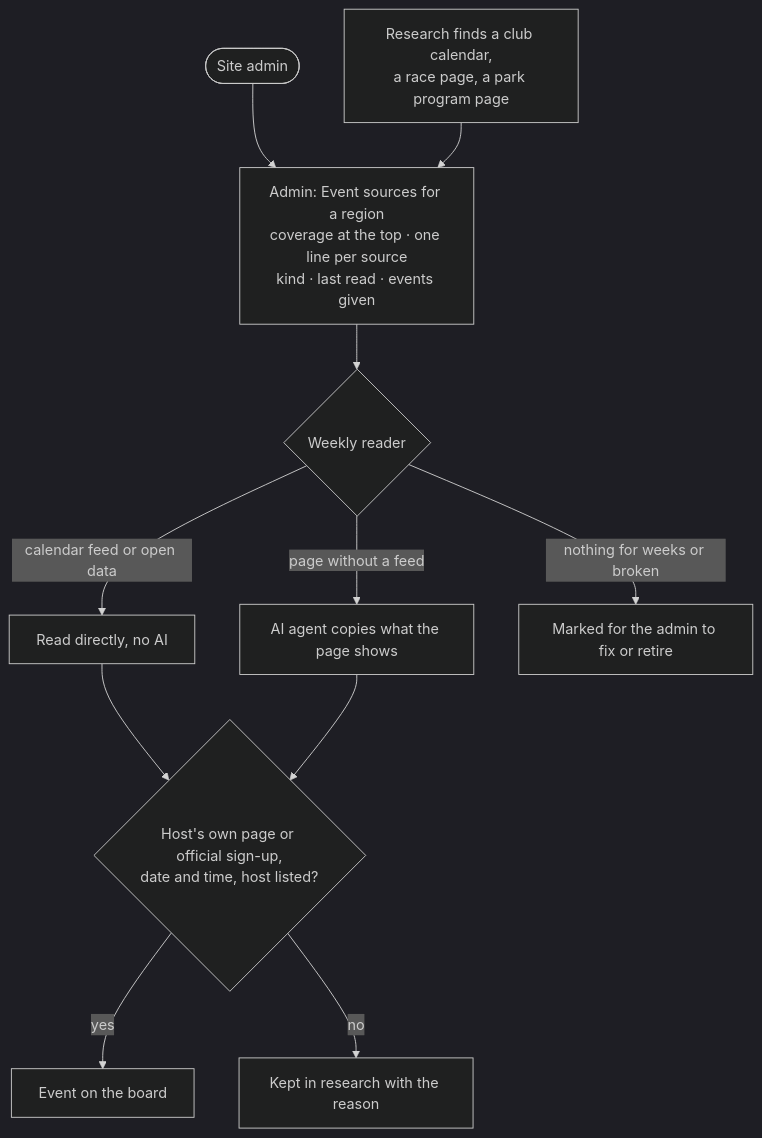
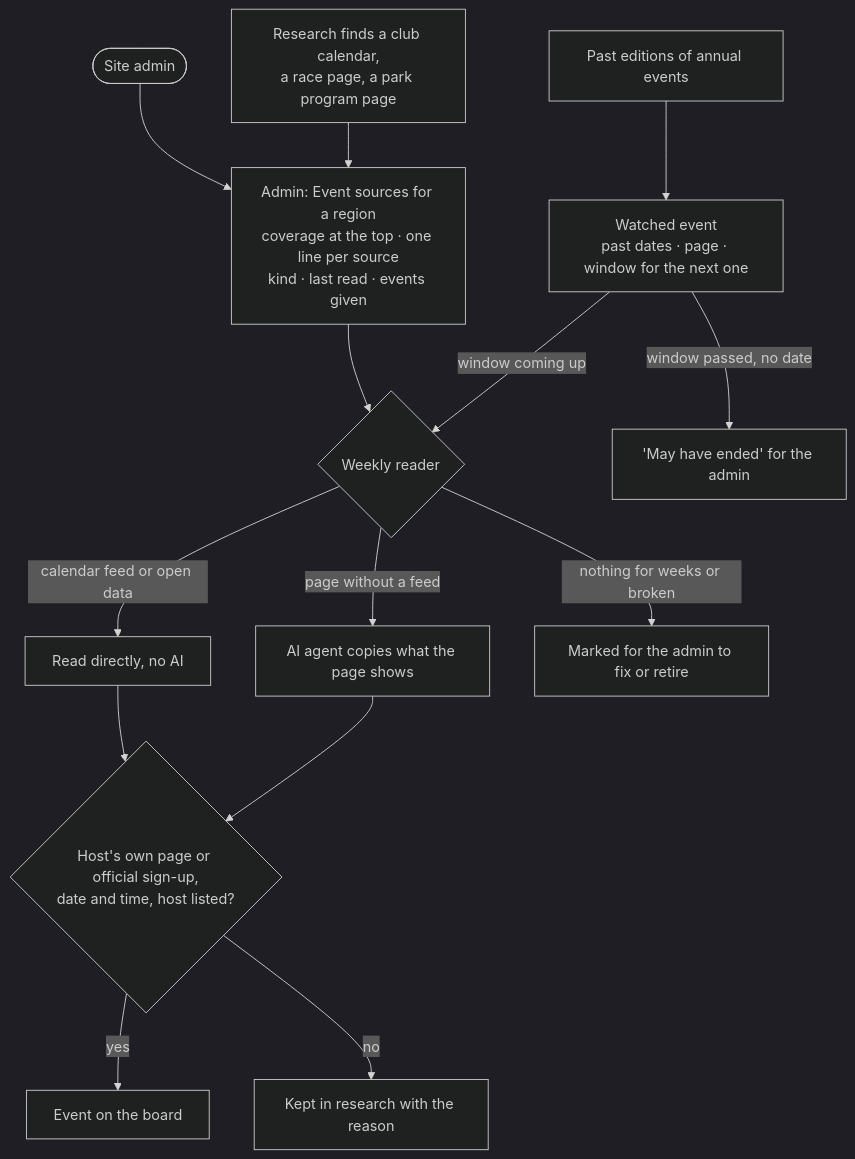
One commit to sarahrittertech-commits/outdoorscommunityapp changed diagram 40 of 40 in docs/user-flows.md. Above: the diagram before and after it, drawn with Mermaid (dark theme). The commit also changed 2 other files, not shown here.

Commit message:
UC-39: watch annual events from their past editions
Sarah, 12 October: keep past events, because most come back every year;
check their pages as the next edition's window comes up, and flag ones
that seem to have ended. Added to UC-39, its flow and ADR-0011.

````diff
--- a/docs/user-flows.md
+++ b/docs/user-flows.md
@@ -664,13 +664,16 @@
 ```mermaid
 flowchart TD
   admin(["Site admin"]) --> sources["Admin: Event sources for a region<br/>coverage at the top · one line per source<br/>kind · last read · events given"]
   research["Research finds a club calendar,<br/>a race page, a park program page"] --> sources
   sources --> reader{"Weekly reader"}
   reader -->|calendar feed or open data| feed["Read directly, no AI"]
   reader -->|page without a feed| ai["AI agent copies what the page shows"]
   feed --> check{"Host's own page or official sign-up,<br/>date and time, host listed?"}
   ai --> check
   check -->|yes| board["Event on the board"]
   check -->|no| kept["Kept in research with the reason"]
   reader -->|nothing for weeks or broken| stale["Marked for the admin to fix or retire"]
+  past["Past editions of annual events"] --> watch["Watched event<br/>past dates · page · window for the next one"]
+  watch -->|window coming up| reader
+  watch -->|window passed, no date| ended["'May have ended' for the admin"]
 ```
````
